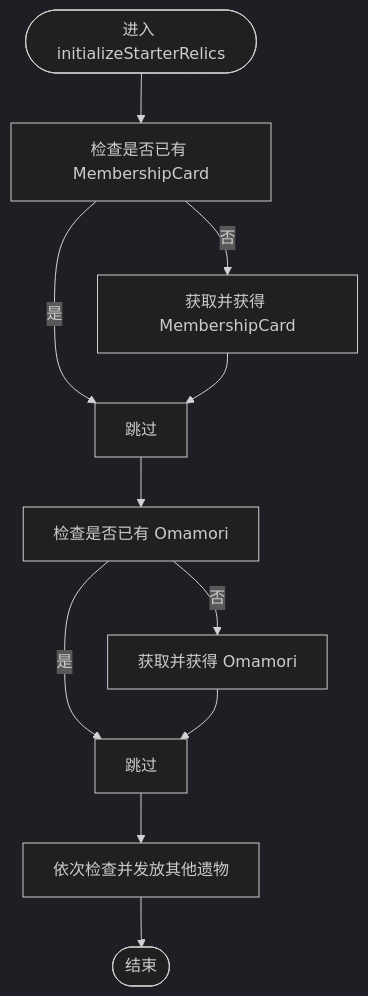
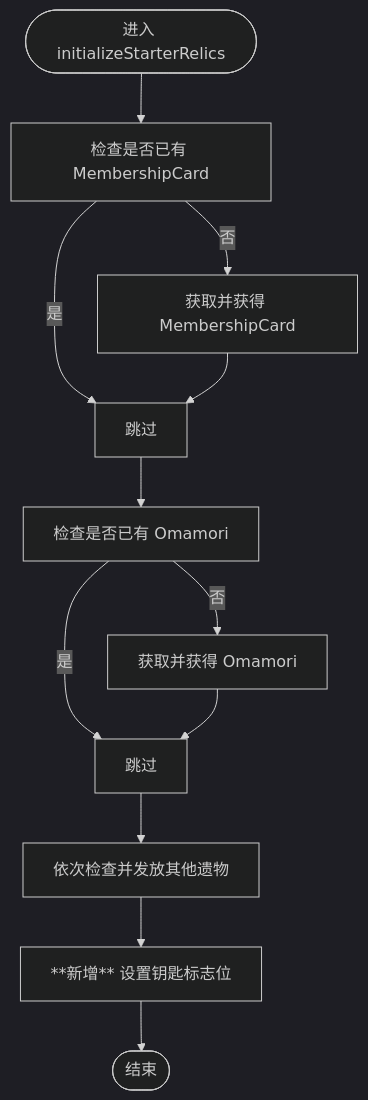
One commit to StephenZhuang/SpireMod changed the ninth of 12 diagrams in .qoder/repowiki/zh/content/技术架构/技术架构.md. Above: the diagram before and after it, drawn with Mermaid (dark theme). The commit also changed other lines of this file and 35 other files, not shown here.

````diff
--- a/.qoder/repowiki/zh/content/技术架构/技术架构.md
+++ b/.qoder/repowiki/zh/content/技术架构/技术架构.md
@@ -335,13 +418,14 @@
 ```mermaid
 flowchart TD
 Start(["进入 initializeStarterRelics"]) --> Check1["检查是否已有 MembershipCard"]
 Check1 --> |是| Next1["跳过"]
 Check1 --> |否| Add1["获取并获得 MembershipCard"]
 Add1 --> Next1
 Next1 --> Check2["检查是否已有 Omamori"]
 Check2 --> |是| Next2["跳过"]
 Check2 --> |否| Add2["获取并获得 Omamori"]
 Add2 --> Next2
 Next2 --> ...["依次检查并发放其他遗物"]
-... --> End(["结束"])
+... --> Keys["**新增** 设置钥匙标志位"]
+Keys --> End(["结束"])
 ```
````
